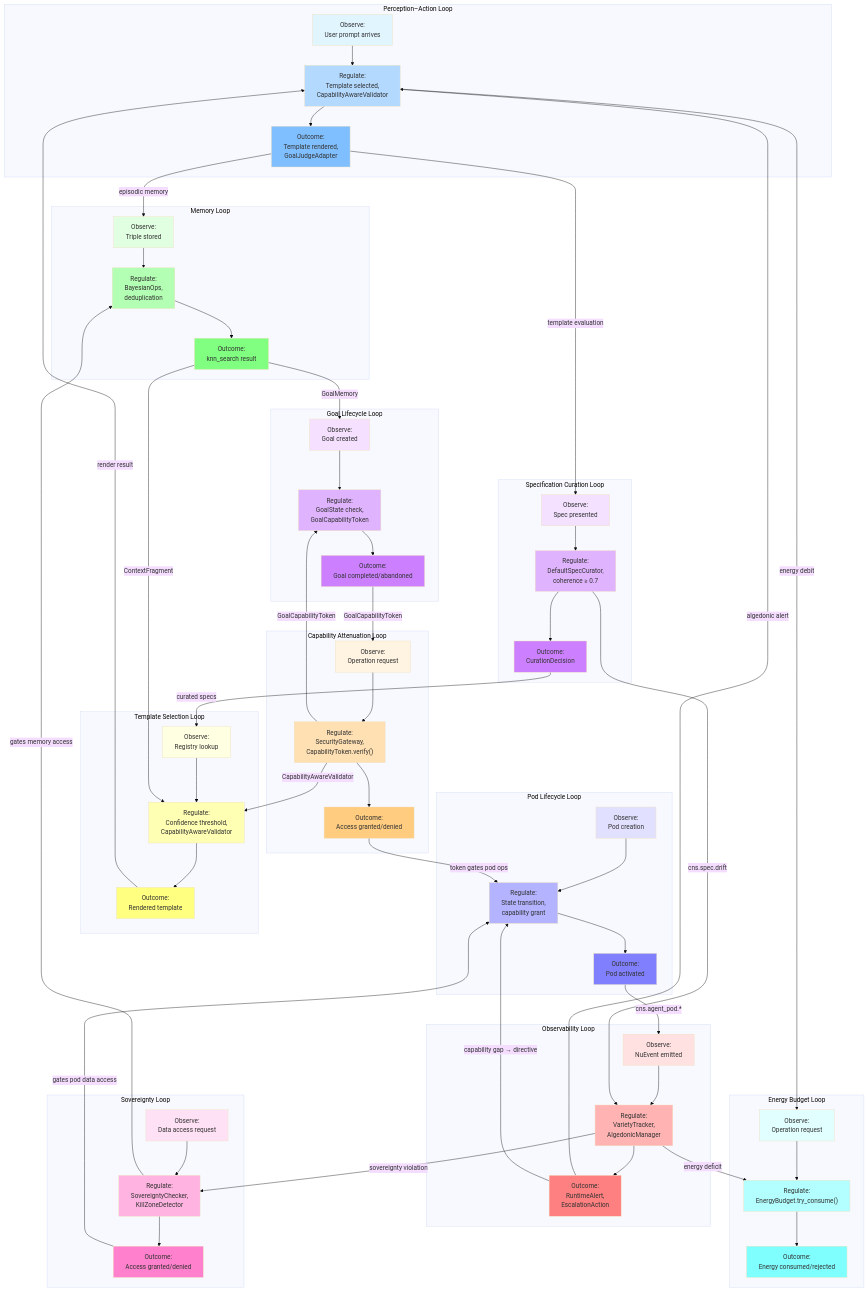
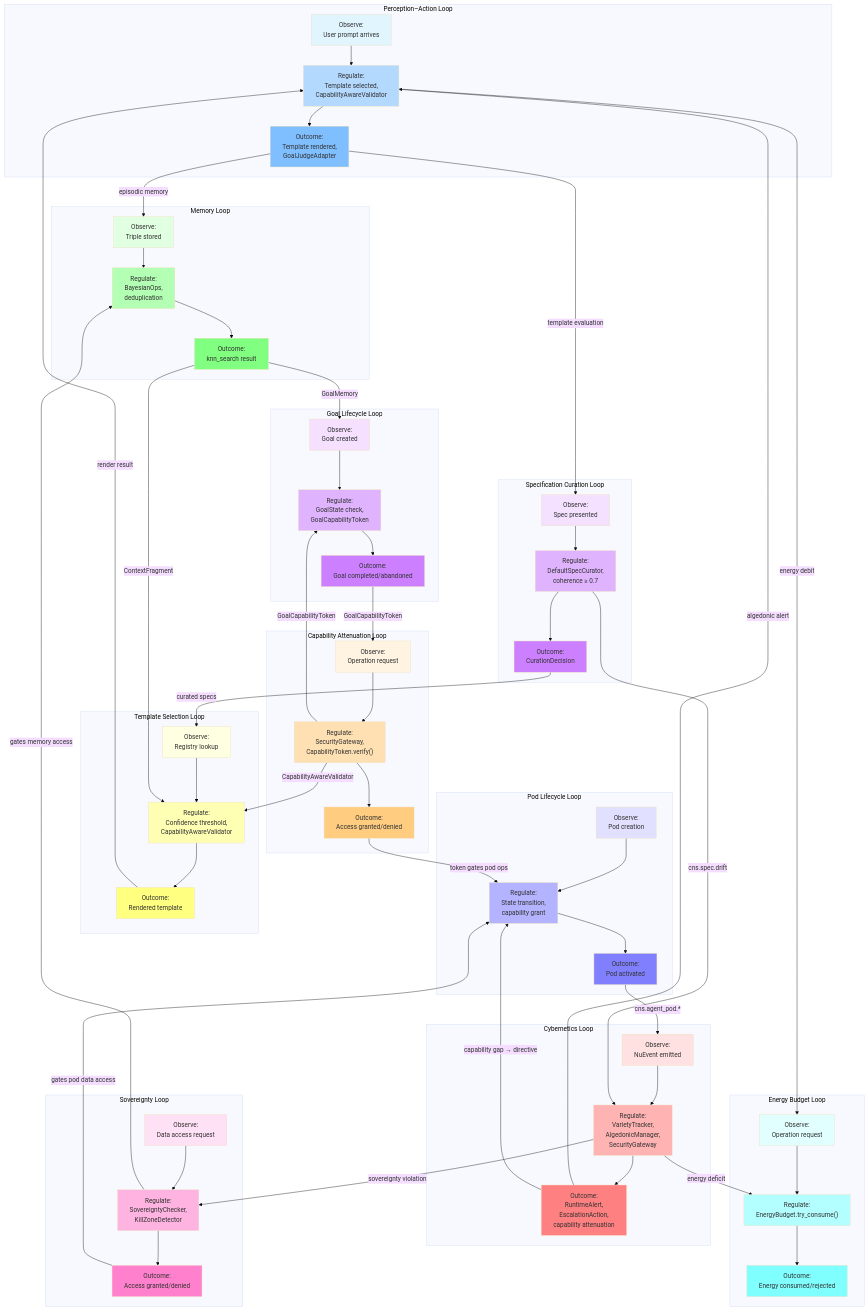
One commit to mdz-axo/hKask changed the second of 2 diagrams in docs/architecture/reference/feedback-loops-decomposition.md. Above: the diagram before and after it, drawn with Mermaid (base theme). The commit also changed other lines of this file and 27 other files, not shown here.

```diff
--- a/docs/architecture/reference/feedback-loops-decomposition.md
+++ b/docs/architecture/reference/feedback-loops-decomposition.md
@@ -670,9 +672,9 @@
         SC_REG --> SC_OUT["Outcome:<br/>CurationDecision"]
     end
 
-    subgraph "Observability Loop"
-        OBS_OBS["Observe:<br/>NuEvent emitted"] --> OBS_REG["Regulate:<br/>VarietyTracker,<br/>AlgedonicManager"]
-        OBS_REG --> OBS_OUT["Outcome:<br/>RuntimeAlert,<br/>EscalationAction"]
+    subgraph "Cybernetics Loop"
+        OBS_OBS["Observe:<br/>NuEvent emitted"] --> OBS_REG["Regulate:<br/>VarietyTracker,<br/>AlgedonicManager,<br/>SecurityGateway"]
+        OBS_REG --> OBS_OUT["Outcome:<br/>RuntimeAlert,<br/>EscalationAction,<br/>capability attenuation"]
     end
 
     subgraph "Memory Loop"
```
